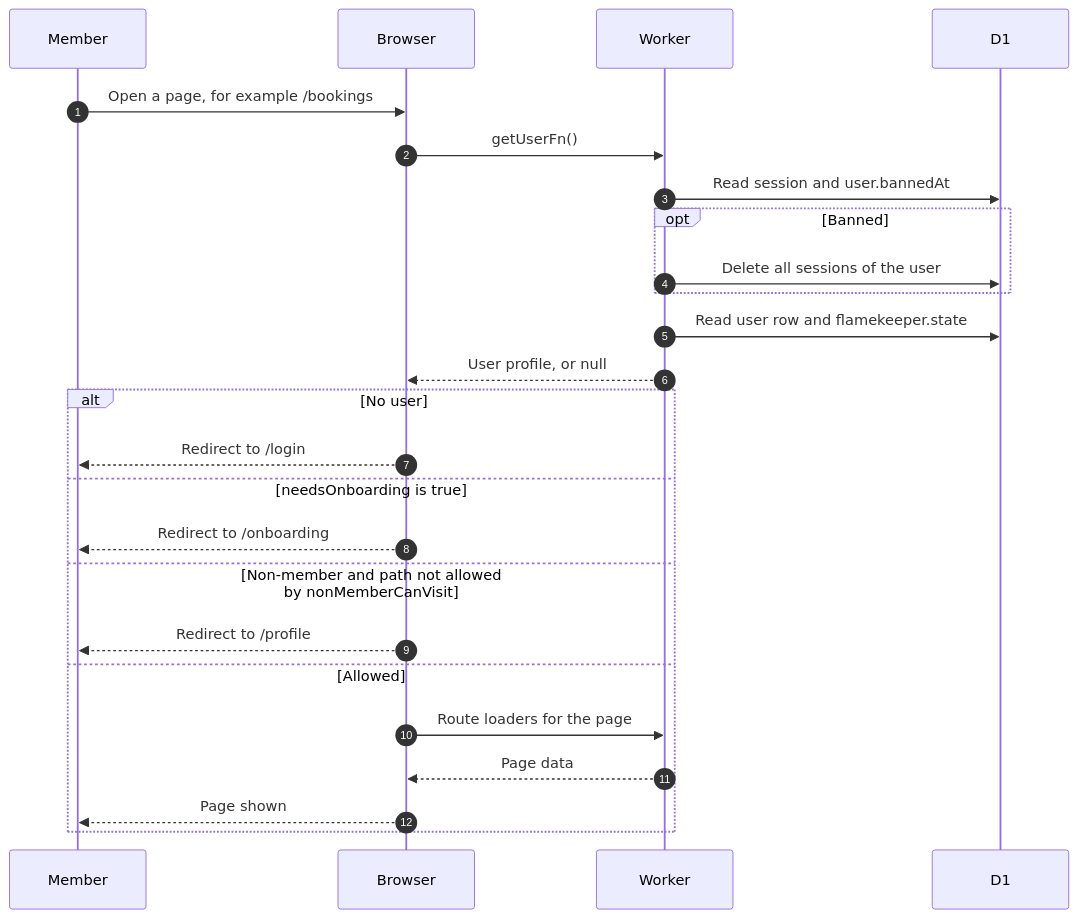
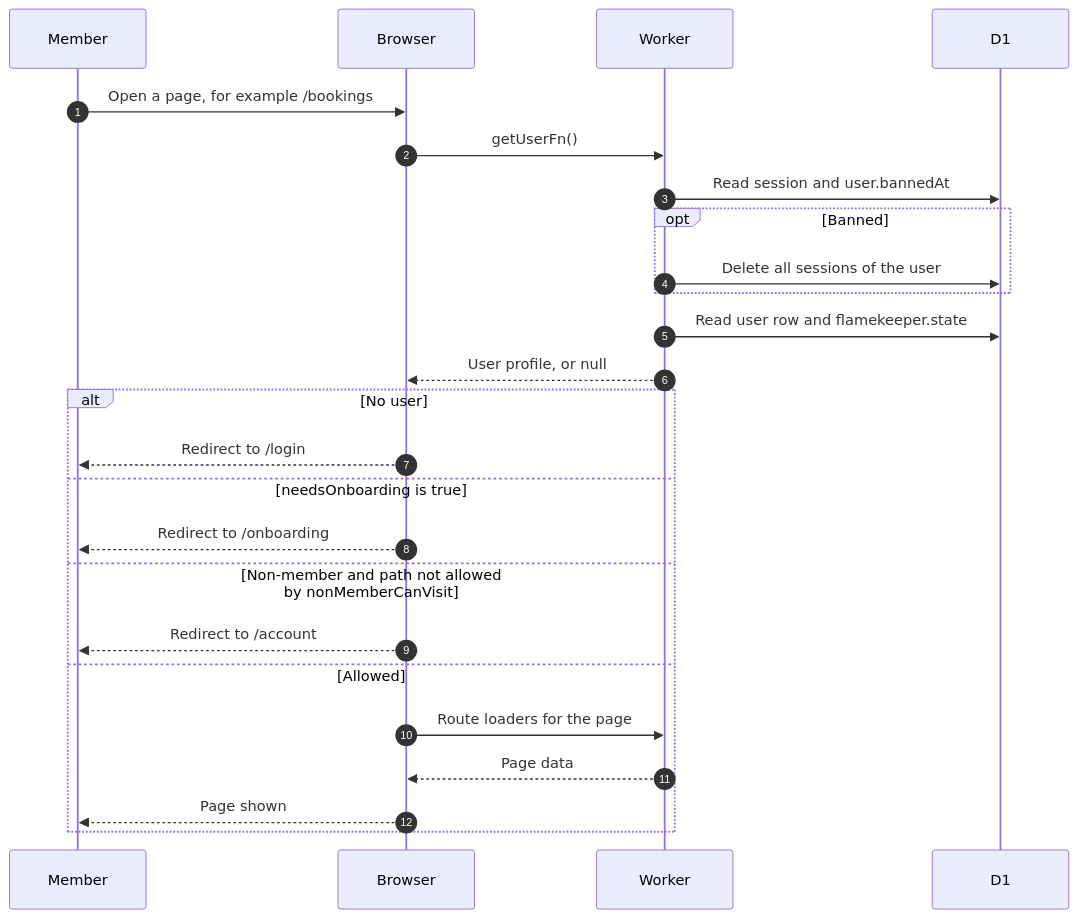
One commit to sagyzdop/meriksirat changed the diagram in docs/scenarios/account/access-gate.md. Above: the diagram before and after it, drawn with Mermaid. The commit also changed other lines of this file and 157 other files, not shown here.

````diff
--- a/docs/scenarios/account/access-gate.md
+++ b/docs/scenarios/account/access-gate.md
@@ -29,27 +30,27 @@
 ```mermaid
 sequenceDiagram
     autonumber
     participant P as Member
     participant B as Browser
     participant W as Worker
     participant D as D1
     P->>B: Open a page, for example /bookings
     B->>W: getUserFn()
     W->>D: Read session and user.bannedAt
     opt Banned
         W->>D: Delete all sessions of the user
     end
     W->>D: Read user row and flamekeeper.state
     W-->>B: User profile, or null
     alt No user
         B-->>P: Redirect to /login
     else needsOnboarding is true
         B-->>P: Redirect to /onboarding
     else Non-member and path not allowed by nonMemberCanVisit
-        B-->>P: Redirect to /profile
+        B-->>P: Redirect to /account
     else Allowed
         B->>W: Route loaders for the page
         W-->>B: Page data
         B-->>P: Page shown
     end
 ```
````
